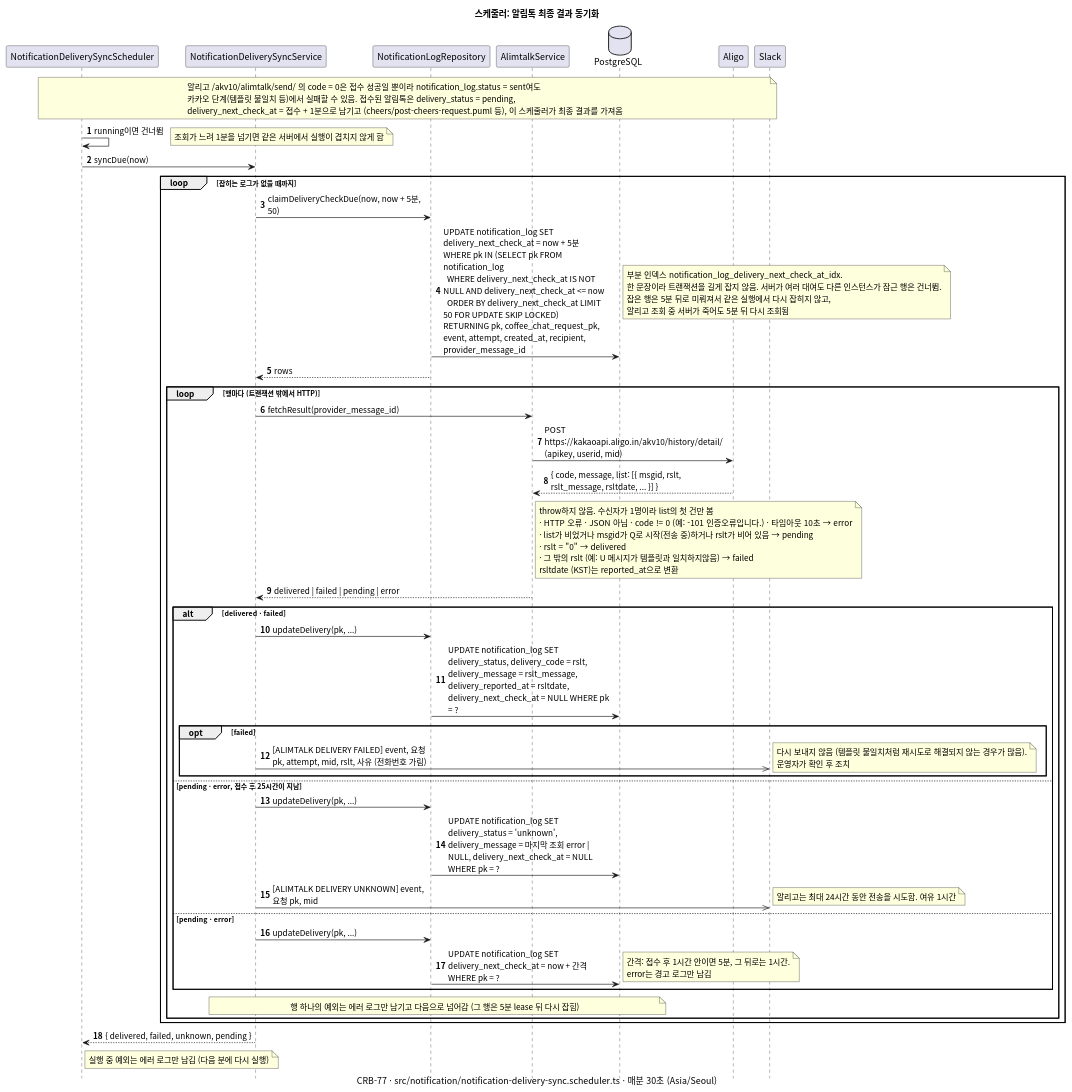
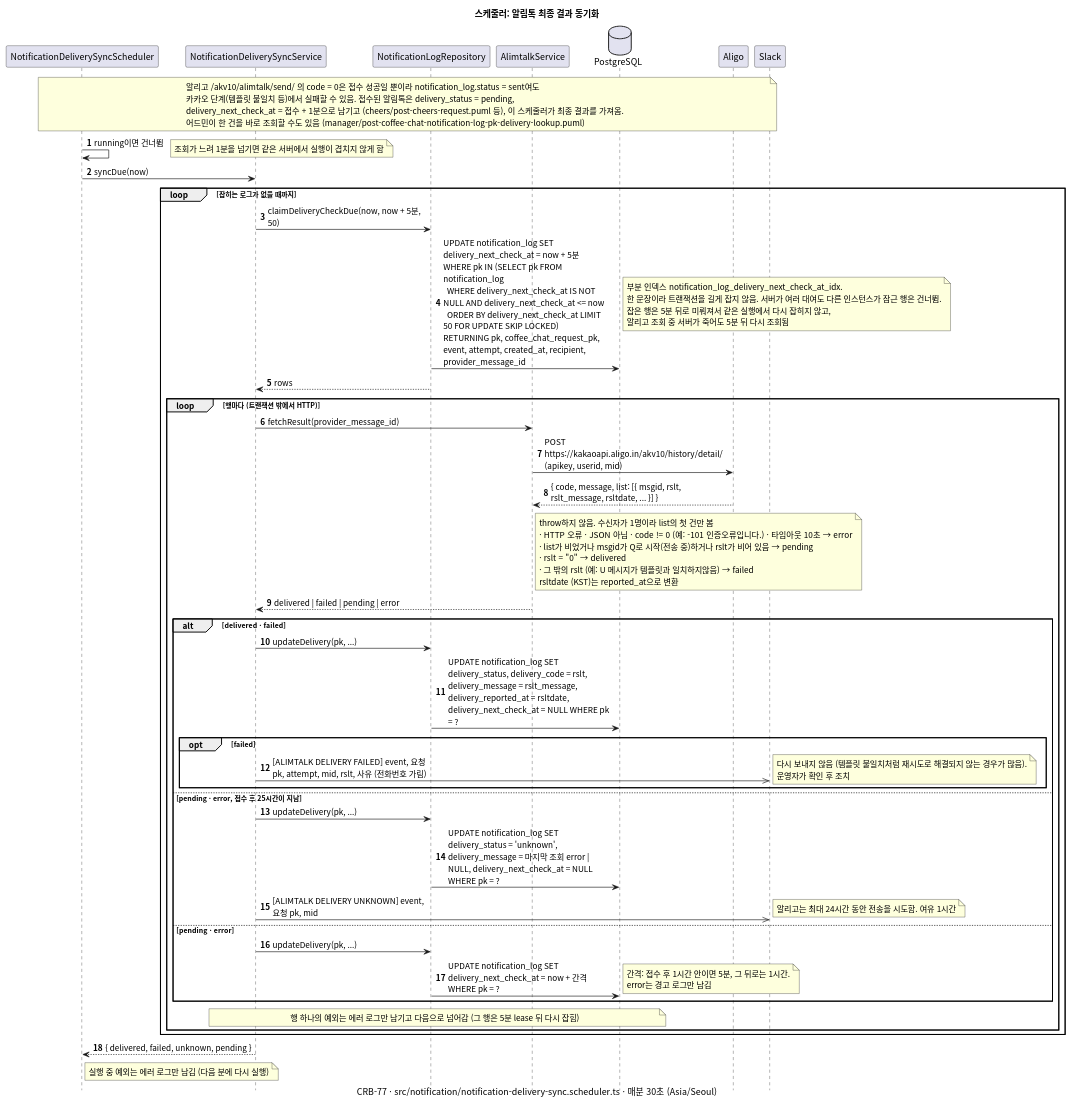
One commit to gsainfoteam/cheers-be changed the diagram in docs/sequence/flow/notification-delivery-sync.puml. Above: the diagram before and after it, drawn with PlantUML. The commit also changed 2 other files, not shown here.

Commit message:
- docs: add sequence diagram for admin alimtalk delivery lookup (CRB-77)

```diff
--- a/docs/sequence/flow/notification-delivery-sync.puml
+++ b/docs/sequence/flow/notification-delivery-sync.puml
@@ -1,87 +1,88 @@
 @startuml notification-delivery-sync
 skinparam defaultFontName "Apple SD Gothic Neo", "Noto Sans CJK KR", sans-serif
 skinparam responseMessageBelowArrow true
 skinparam sequenceMessageAlign left
 skinparam maxMessageSize 260
 skinparam BoxPadding 8
 skinparam shadowing false
 autonumber
 hide footbox
 
 title 스케줄러: 알림톡 최종 결과 동기화
 caption CRB-77 · src/notification/notification-delivery-sync.scheduler.ts · 매분 30초 (Asia/Seoul)
 
 participant "NotificationDeliverySyncScheduler" as Scheduler
 participant "NotificationDeliverySyncService" as Service
 participant "NotificationLogRepository" as LogRepository
 participant "AlimtalkService" as Alimtalk
 database PostgreSQL
 participant "Aligo"
 participant "Slack"
 
 note over Scheduler, Aligo
   알리고 /akv10/alimtalk/send/ 의 code = 0은 접수 성공일 뿐이라 notification_log.status = sent여도
   카카오 단계(템플릿 불일치 등)에서 실패할 수 있음. 접수된 알림톡은 delivery_status = pending,
-  delivery_next_check_at = 접수 + 1분으로 남기고 (cheers/post-cheers-request.puml 등), 이 스케줄러가 최종 결과를 가져옴
+  delivery_next_check_at = 접수 + 1분으로 남기고 (cheers/post-cheers-request.puml 등), 이 스케줄러가 최종 결과를 가져옴.
+  어드민이 한 건을 바로 조회할 수도 있음 (manager/post-coffee-chat-notification-log-pk-delivery-lookup.puml)
 end note
 
 Scheduler -> Scheduler: running이면 건너뜀
 note right: 조회가 느려 1분을 넘기면 같은 서버에서 실행이 겹치지 않게 함
 Scheduler -> Service: syncDue(now)
 
 loop 잡히는 로그가 없을 때까지
   Service -> LogRepository: claimDeliveryCheckDue(now, now + 5분, 50)
   LogRepository -> PostgreSQL: UPDATE notification_log SET delivery_next_check_at = now + 5분\nWHERE pk IN (SELECT pk FROM notification_log\n  WHERE delivery_next_check_at IS NOT NULL AND delivery_next_check_at <= now\n  ORDER BY delivery_next_check_at LIMIT 50 FOR UPDATE SKIP LOCKED)\nRETURNING pk, coffee_chat_request_pk, event, attempt, created_at, recipient, provider_message_id
   note right
     부분 인덱스 notification_log_delivery_next_check_at_idx.
     한 문장이라 트랜잭션을 길게 잡지 않음. 서버가 여러 대여도 다른 인스턴스가 잠근 행은 건너뜀.
     잡은 행은 5분 뒤로 미뤄져서 같은 실행에서 다시 잡히지 않고,
     알리고 조회 중 서버가 죽어도 5분 뒤 다시 조회됨
   end note
   LogRepository --> Service: rows
 
   loop 행마다 (트랜잭션 밖에서 HTTP)
     Service -> Alimtalk: fetchResult(provider_message_id)
     Alimtalk -> Aligo: POST https://kakaoapi.aligo.in/akv10/history/detail/\n(apikey, userid, mid)
     Aligo --> Alimtalk: { code, message, list: [{ msgid, rslt, rslt_message, rsltdate, ... }] }
     note right of Alimtalk
       throw하지 않음. 수신자가 1명이라 list의 첫 건만 봄
       · HTTP 오류 · JSON 아님 · code != 0 (예: -101 인증오류입니다.) · 타임아웃 10초 → error
       · list가 비었거나 msgid가 Q로 시작(전송 중)하거나 rslt가 비어 있음 → pending
       · rslt = "0" → delivered
       · 그 밖의 rslt (예: U 메시지가 템플릿과 일치하지않음) → failed
       rsltdate (KST)는 reported_at으로 변환
     end note
     Alimtalk --> Service: delivered | failed | pending | error
 
     alt delivered · failed
       Service -> LogRepository: updateDelivery(pk, ...)
       LogRepository -> PostgreSQL: UPDATE notification_log SET delivery_status, delivery_code = rslt,\ndelivery_message = rslt_message, delivery_reported_at = rsltdate,\ndelivery_next_check_at = NULL WHERE pk = ?
       opt failed
         Service ->> Slack: [ALIMTALK DELIVERY FAILED] event, 요청 pk, attempt, mid, rslt, 사유 (전화번호 가림)
         note right
           다시 보내지 않음 (템플릿 불일치처럼 재시도로 해결되지 않는 경우가 많음).
           운영자가 확인 후 조치
         end note
       end
     else pending · error, 접수 후 25시간이 지남
       Service -> LogRepository: updateDelivery(pk, ...)
       LogRepository -> PostgreSQL: UPDATE notification_log SET delivery_status = 'unknown',\ndelivery_message = 마지막 조회 error | NULL, delivery_next_check_at = NULL WHERE pk = ?
       Service ->> Slack: [ALIMTALK DELIVERY UNKNOWN] event, 요청 pk, mid
       note right: 알리고는 최대 24시간 동안 전송을 시도함. 여유 1시간
     else pending · error
       Service -> LogRepository: updateDelivery(pk, ...)
       LogRepository -> PostgreSQL: UPDATE notification_log SET delivery_next_check_at = now + 간격 WHERE pk = ?
       note right
         간격: 접수 후 1시간 안이면 5분, 그 뒤로는 1시간.
         error는 경고 로그만 남김
       end note
     end
     note over Service, PostgreSQL: 행 하나의 예외는 에러 로그만 남기고 다음으로 넘어감 (그 행은 5분 lease 뒤 다시 잡힘)
   end
 end
 
 Service --> Scheduler: { delivered, failed, unknown, pending }
 note right of Scheduler: 실행 중 예외는 에러 로그만 남김 (다음 분에 다시 실행)
 
 @enduml
```
